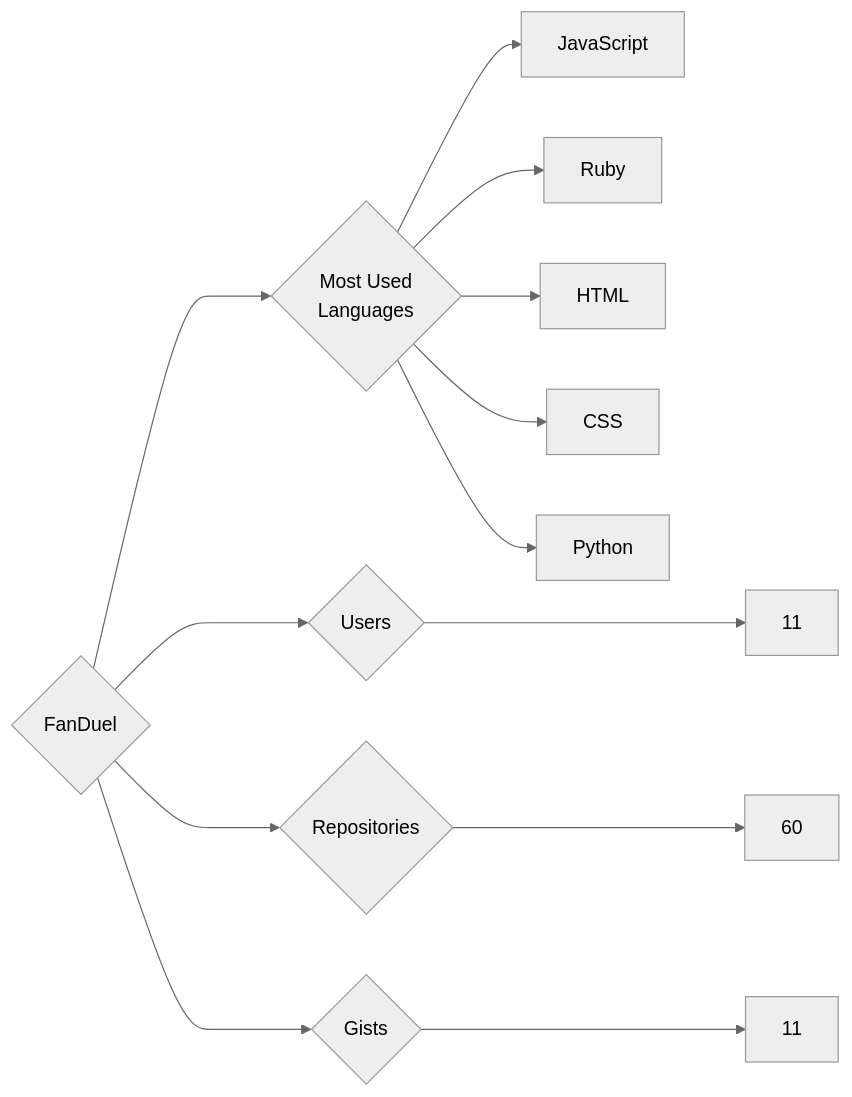
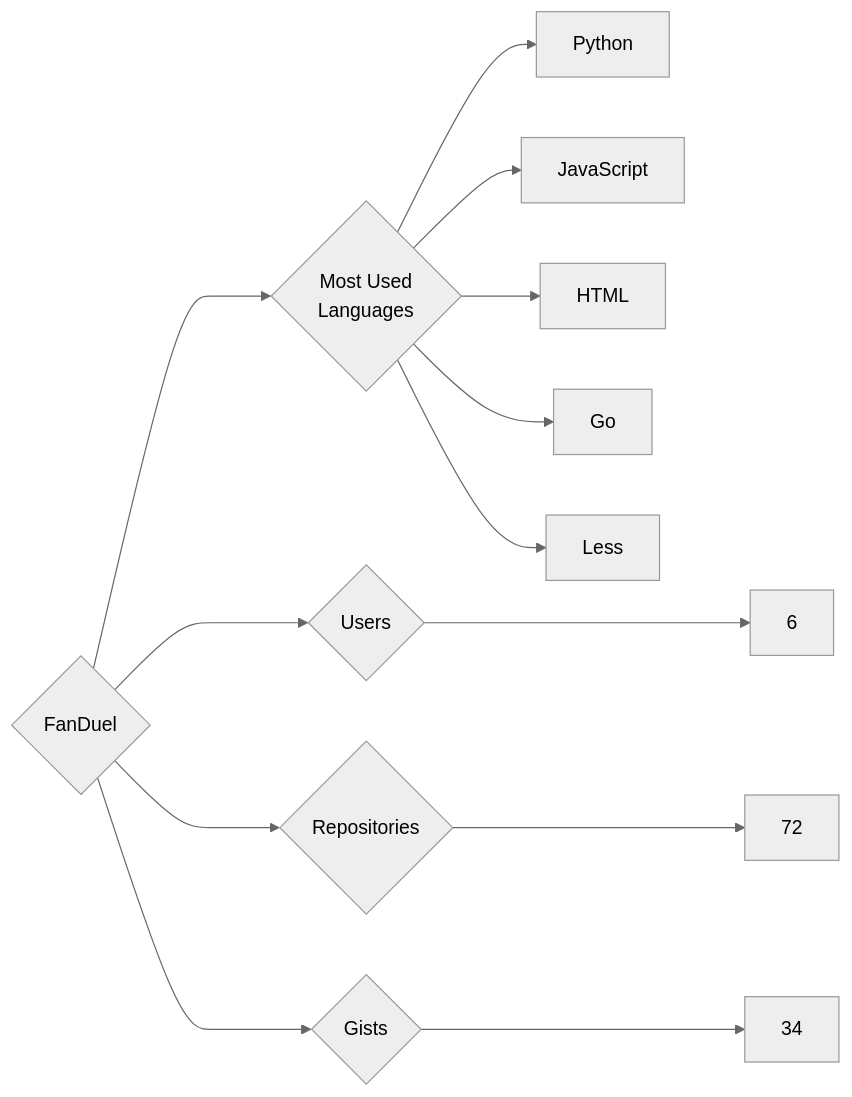
The diagram in targets/FanDuel/README.md (trickest/insiders), drawn with Mermaid (neutral theme) before and after one commit. The commit also changed 1089 other files, not shown here.

````diff
--- a/targets/FanDuel/README.md
+++ b/targets/FanDuel/README.md
@@ -3,13 +3,13 @@
 ```mermaid
 graph LR
 COMPANY_NAME{FanDuel}
-COMPANY_NAME ---> U{Users} ---> UN[11]
-COMPANY_NAME ---> R{Repositories} ---> RN[60]
-COMPANY_NAME ---> G{Gists} ---> GN[11]
+COMPANY_NAME ---> U{Users} ---> UN[6]
+COMPANY_NAME ---> R{Repositories} ---> RN[72]
+COMPANY_NAME ---> G{Gists} ---> GN[34]
 COMPANY_NAME ---> ML{Most Used<br>Languages}
+ML --> Python[Python]
 ML --> JavaScript[JavaScript]
-ML --> Ruby[Ruby]
 ML --> HTML[HTML]
-ML --> CSS[CSS]
-ML --> Python[Python]
+ML --> Go[Go]
+ML --> Less[Less]
 ```
````
